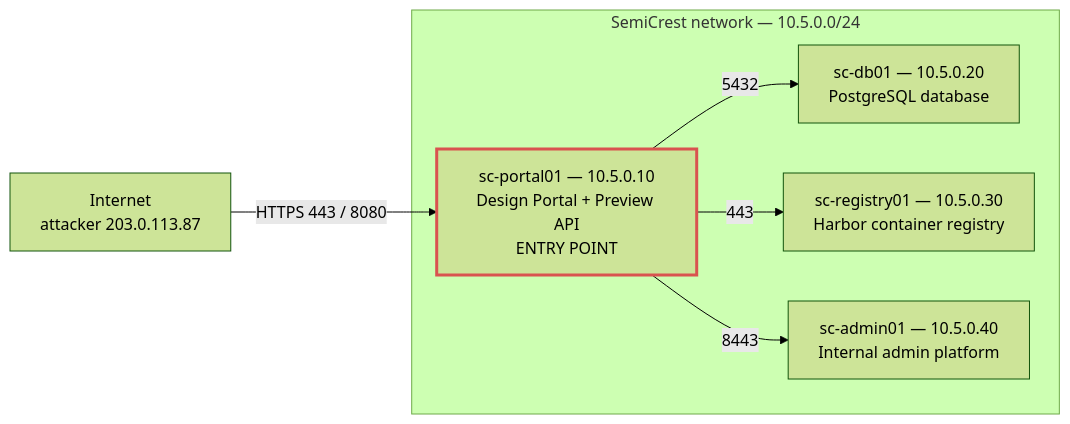
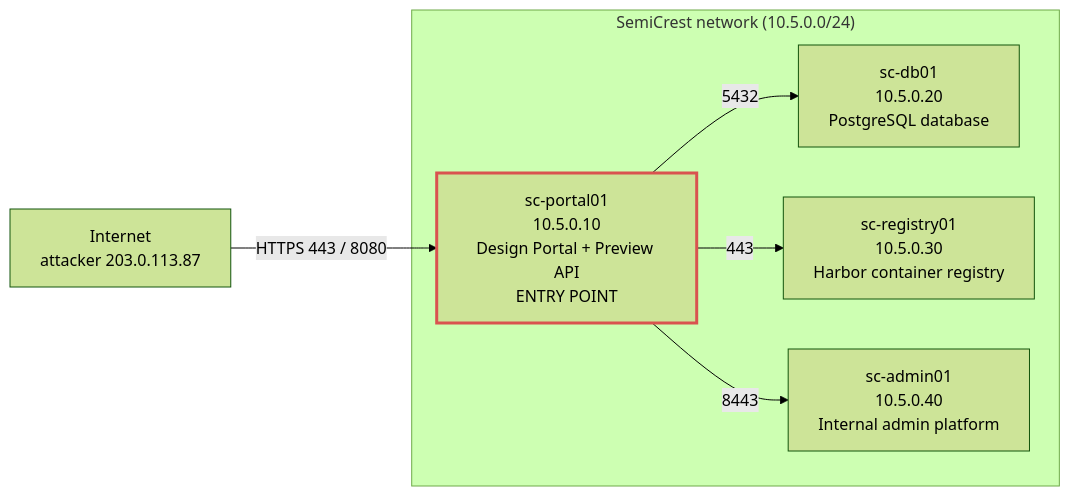
Before and after one commit to jasonstokes1/Operation-QUARTZFANG: the diagram in README.md, drawn with Mermaid (forest theme). The commit also changed other lines of this file, not shown here.

````diff
--- a/README.md
+++ b/README.md
@@ -46,19 +46,19 @@
 ```mermaid
 flowchart LR
     WAN["Internet<br/>attacker 203.0.113.87"]
 
-    subgraph SemiCrest["SemiCrest network — 10.5.0.0/24"]
-        portal["sc-portal01 — 10.5.0.10<br/>Design Portal + Preview API<br/>ENTRY POINT"]
-        db["sc-db01 — 10.5.0.20<br/>PostgreSQL database"]
-        registry["sc-registry01 — 10.5.0.30<br/>Harbor container registry"]
-        admin["sc-admin01 — 10.5.0.40<br/>Internal admin platform"]
+    subgraph SemiCrest["SemiCrest network (10.5.0.0/24)"]
+        portal["sc-portal01<br/>10.5.0.10<br/>Design Portal + Preview API<br/>ENTRY POINT"]
+        db["sc-db01<br/>10.5.0.20<br/>PostgreSQL database"]
+        registry["sc-registry01<br/>10.5.0.30<br/>Harbor container registry"]
+        admin["sc-admin01<br/>10.5.0.40<br/>Internal admin platform"]
     end
 
     WAN -->|HTTPS 443 / 8080| portal
     portal -->|5432| db
     portal -->|443| registry
     portal -->|8443| admin
 
     classDef entry stroke:#d9534f,stroke-width:3px;
     class portal entry;
 ```
````
